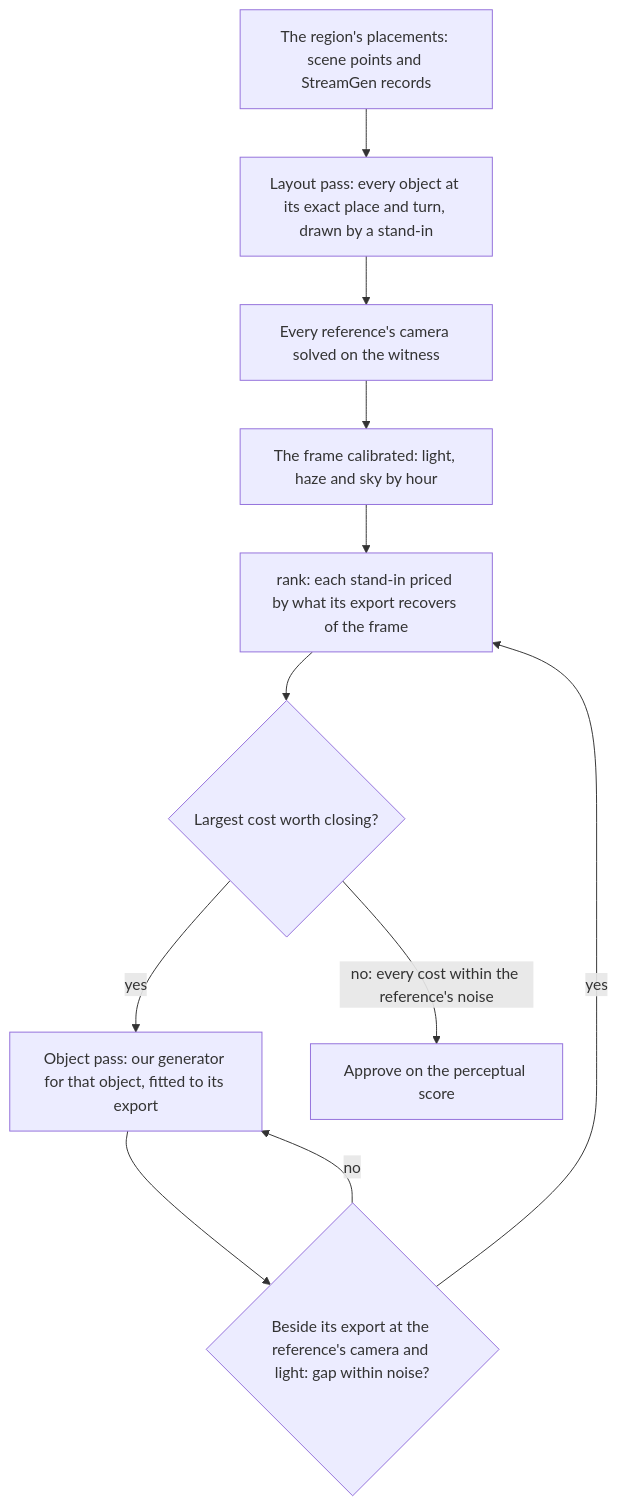
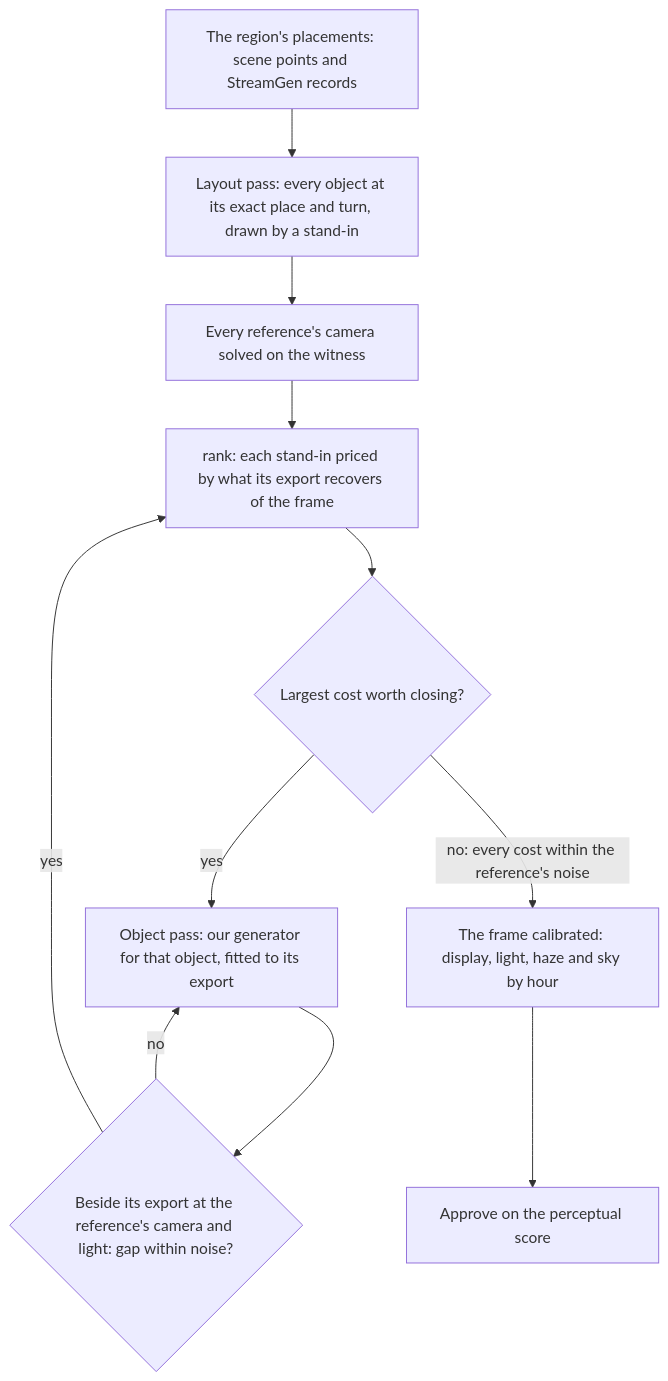
One commit to Esposter/Esposter changed the second of 2 diagrams in apps/web/content/docs/proposals/genshin/scene-derivation.md. Above: the diagram before and after it, drawn with Mermaid. The commit also changed other lines of this file and 1 other file, not shown here.

Commit message:
docs(genshin): an open-world region is calibrated only after its objects are rebuilt, in the passes' order
The layout and object passes settle shape and surface, which the recreation passes put before the display,
the light and the atmosphere, so the open world's calibration moves after them, in the scene derivation's
text and diagram and in the roadmap's Windrise item.

Answers: 4201716711

````diff
--- a/apps/web/content/docs/proposals/genshin/scene-derivation.md
+++ b/apps/web/content/docs/proposals/genshin/scene-derivation.md
@@ -74,13 +74,13 @@
 ```mermaid
 flowchart TD
   P["The region's placements: scene points and StreamGen records"] --> L["Layout pass: every object at its exact place and turn, drawn by a stand-in"]
   L --> C["Every reference's camera solved on the witness"]
-  C --> F["The frame calibrated: light, haze and sky by hour"]
-  F --> R["rank: each stand-in priced by what its export recovers of the frame"]
+  C --> R["rank: each stand-in priced by what its export recovers of the frame"]
   R --> Q{Largest cost worth closing?}
   Q -->|yes| O["Object pass: our generator for that object, fitted to its export"]
   O --> G{"Beside its export at the reference's camera and light: gap within noise?"}
   G -->|no| O
   G -->|yes| R
-  Q -->|"no: every cost within the reference's noise"| D[Approve on the perceptual score]
+  Q -->|"no: every cost within the reference's noise"| F["The frame calibrated: display, light, haze and sky by hour"]
+  F --> D[Approve on the perceptual score]
 ```
````
